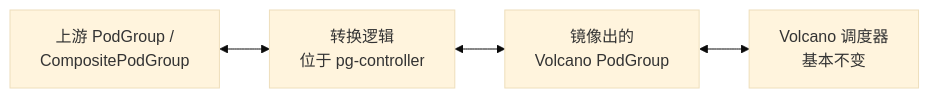
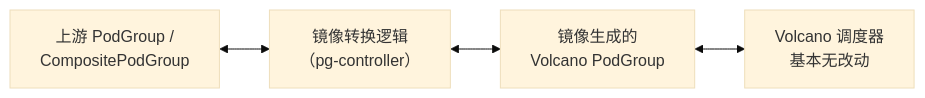
Before and after one commit to JesseStutler/volcano: diagram 13 of 15 in docs/research/k8s-workload-aware-scheduling-vs-volcano-cn.md, drawn with Mermaid (base theme). The commit also changed other lines of this file and 1 other file, not shown here.

First line of the commit message:
docs: improve readability of upstream PodGroup vs Volcano report

````diff
--- a/docs/research/k8s-workload-aware-scheduling-vs-volcano-cn.md
+++ b/docs/research/k8s-workload-aware-scheduling-vs-volcano-cn.md
@@ -642,10 +554,11 @@
 ```mermaid
 flowchart LR
     UA["上游 PodGroup /<br/>CompositePodGroup"]
-    MC["转换逻辑<br/>位于 pg-controller"]
-    VA["镜像出的<br/>Volcano PodGroup"]
-    SA["Volcano 调度器<br/>基本不变"]
+    MC["镜像转换逻辑<br/>（pg-controller）"]
+    VA["镜像生成的<br/>Volcano PodGroup"]
+    SA["Volcano 调度器<br/>基本无改动"]
+
     UA <--> MC
     MC <--> VA
     VA <--> SA
 ```
````
